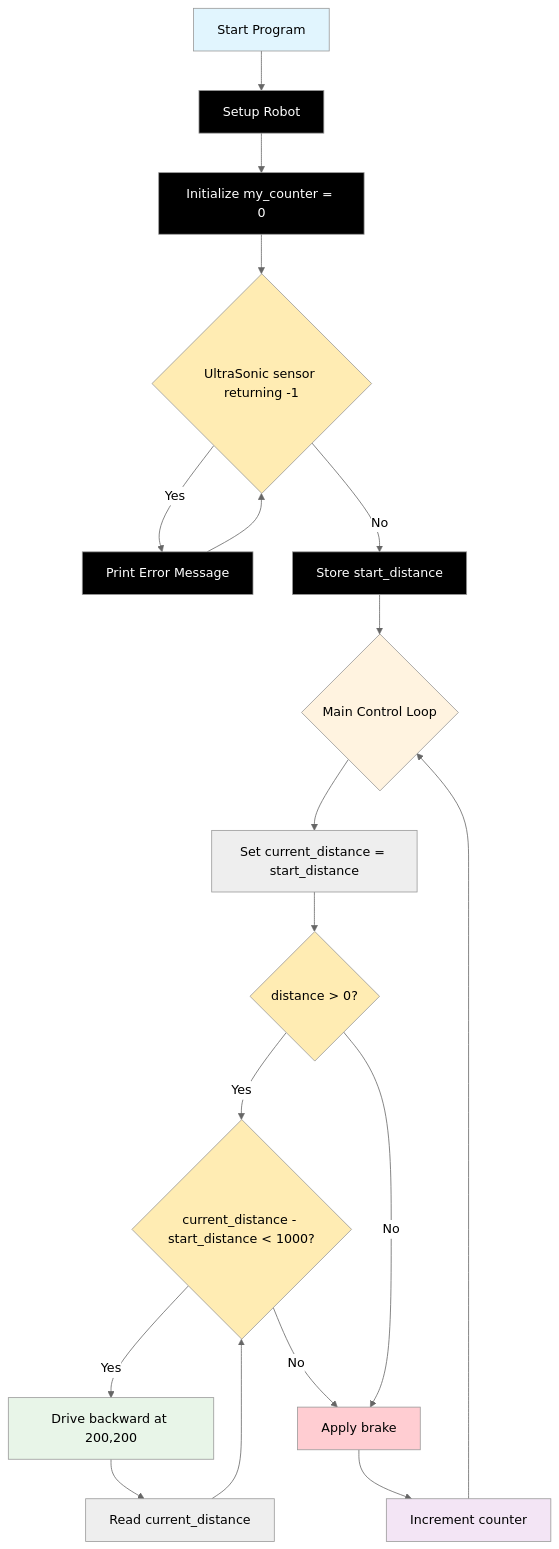
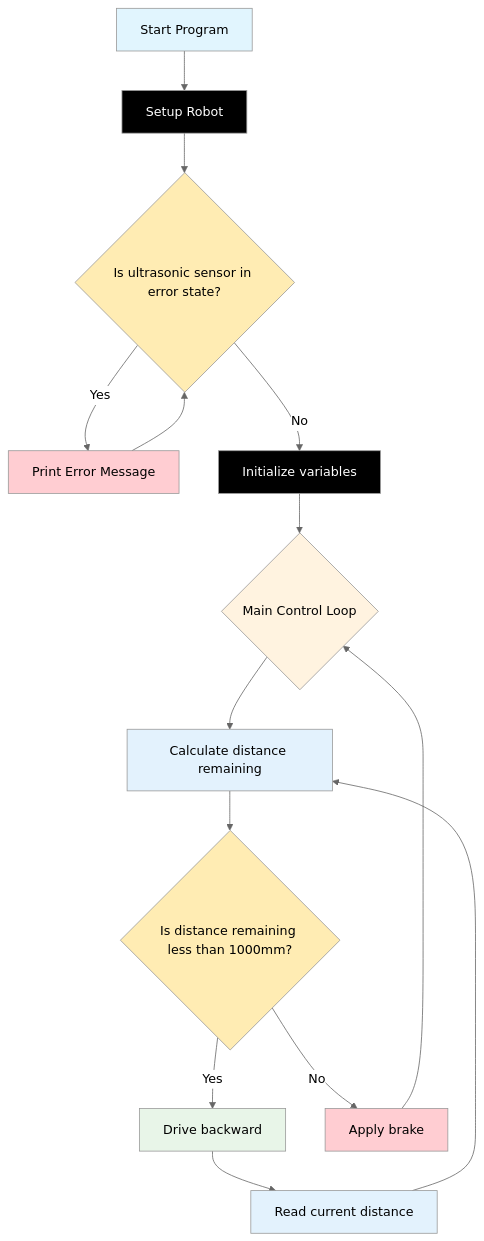
Before and after one commit to TempeHS/AIDriver_MicroPython_Challanges: the diagram in docs/Challenge_3.md, drawn with Mermaid (neutral theme). The commit also changed other lines of this file and 5 other files, not shown here.

````diff
--- a/docs/Challenge_3.md
+++ b/docs/Challenge_3.md
@@ -16,33 +15,28 @@
 ```mermaid
 flowchart TD
     A[Start Program] --> B[Setup Robot]
-    B --> C[Initialize my_counter = 0]
-    C --> D{UltraSonic sensor returning -1}
-    D -->|Yes| E[Print Error Message]
-    E --> D
-    D -->|No| F[Store start_distance]
-    F --> G{Main Control Loop}
-    G --> H[Set current_distance = start_distance]
-    H --> I{distance > 0?}
-    I -->|Yes| J{current_distance - start_distance < 1000?}
-    J -->|Yes| K[Drive backward at 200,200]
-    K --> L[Read current_distance]
-    L --> J
-    J -->|No| M[Apply brake]
-    I -->|No| M
-    M --> N[Increment counter]
-    N --> G
+    B --> C{Is ultrasonic sensor in error state?}
+    C -->|Yes| D[Print Error Message]
+    D --> C
+    C -->|No| E[Initialize variables]
+    E --> F{Main Control Loop}
+    F --> G[Calculate distance remaining]
+    G --> H{Is distance remaining less than 1000mm?}
+    H -->|Yes| I[Drive backward]
+    I --> J[Read current distance]
+    J --> G
+    H -->|No| K[Apply brake]
+    K --> F
 
-    style A fill:#e1f5fe, color:#000000
-    style B fill:#000000, color:#ffffff
-    style C fill:#000000, color:#ffffff
-    style D fill:#ffecb3, color:#000000
-    style E fill:#000000, color:#ffffff
-    style F fill:#000000, color:#ffffff
-    style G fill:#fff3e0, color:#000000
-    style I fill:#ffecb3, color:#000000
-    style J fill:#ffecb3, color:#000000
-    style K fill:#e8f5e8, color:#000000
-    style M fill:#ffcdd2, color:#000000
-    style N fill:#f3e5f5, color:#000000
+    style A fill:#e1f5fe,color:#000000
+    style B fill:#000000,color:#ffffff
+    style C fill:#ffecb3,color:#000000
+    style D fill:#ffcdd2,color:#000000
+    style E fill:#000000,color:#ffffff
+    style F fill:#fff3e0,color:#000000
+    style G fill:#e3f2fd,color:#000000
+    style H fill:#ffecb3,color:#000000
+    style I fill:#e8f5e8,color:#000000
+    style J fill:#e3f2fd,color:#000000
+    style K fill:#ffcdd2,color:#000000
 ```
````
